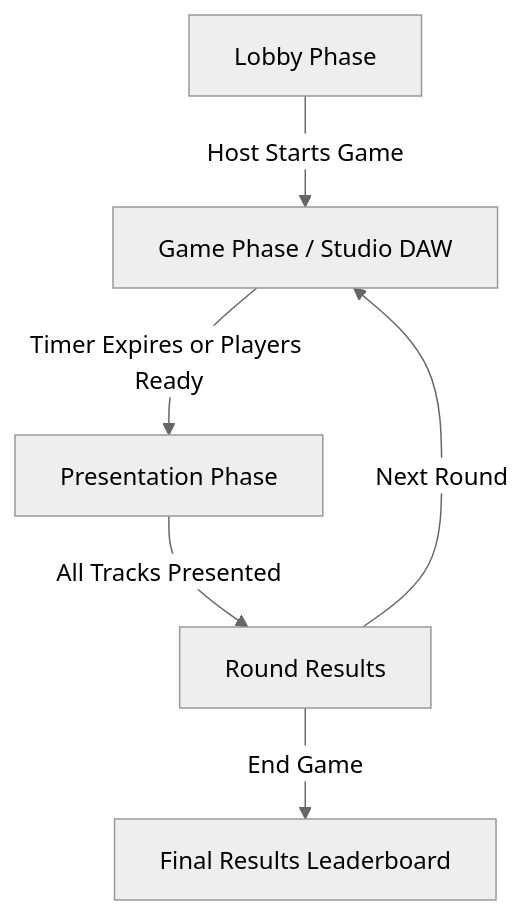
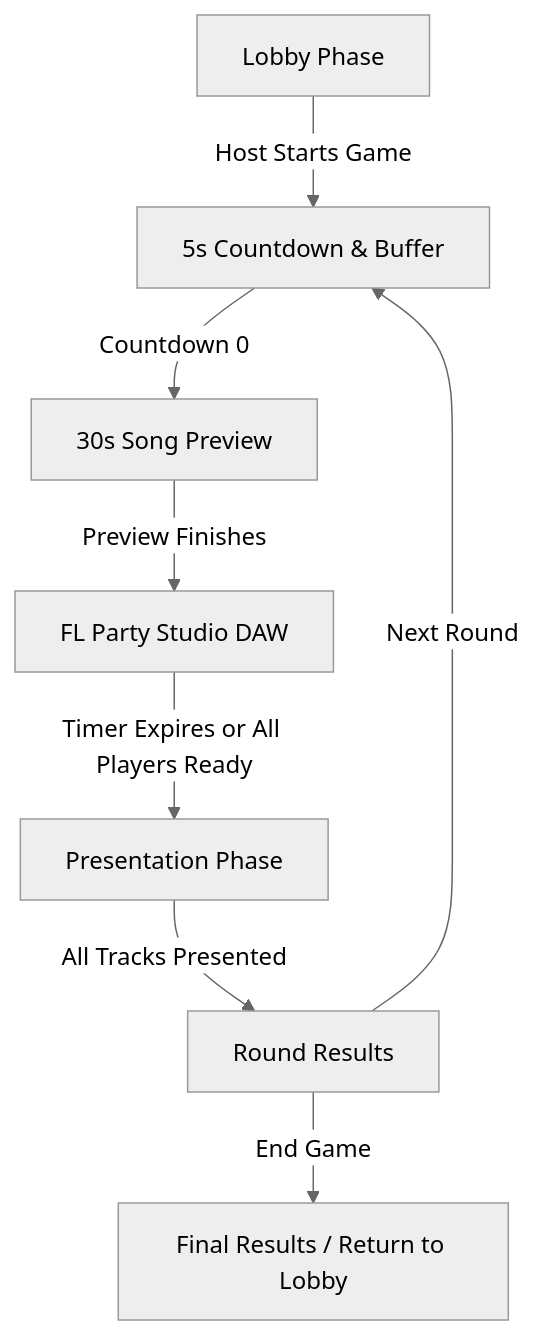
The diagram in AGY.md (HelllolHuhu/MusicParty), drawn with Mermaid (neutral theme) before and after one commit. The commit also changed other lines of this file and 9 other files, not shown here.

````diff
--- a/AGY.md
+++ b/AGY.md
@@ -12,8 +12,10 @@
 ```mermaid
 graph TD
-    A[Lobby Phase] -->|Host Starts Game| B[Game Phase / Studio DAW]
-    B -->|Timer Expires or Players Ready| C[Presentation Phase]
-    C -->|All Tracks Presented| D[Round Results]
-    D -->|Next Round| B
-    D -->|End Game| E[Final Results Leaderboard]
+    A[Lobby Phase] -->|Host Starts Game| B[5s Countdown & Buffer]
+    B -->|Countdown 0| C[30s Song Preview]
+    C -->|Preview Finishes| D[FL Party Studio DAW]
+    D -->|Timer Expires or All Players Ready| E[Presentation Phase]
+    E -->|All Tracks Presented| F[Round Results]
+    F -->|Next Round| B
+    F -->|End Game| G[Final Results / Return to Lobby]
 ```
````
